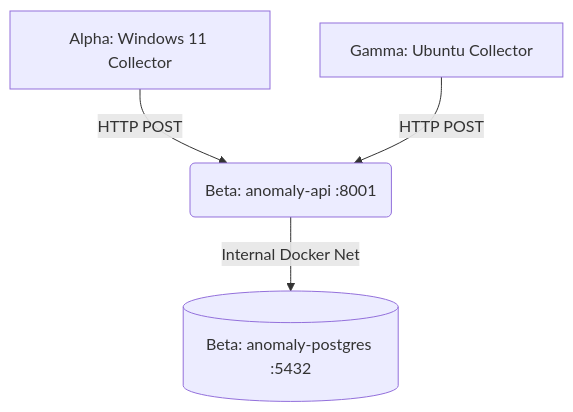
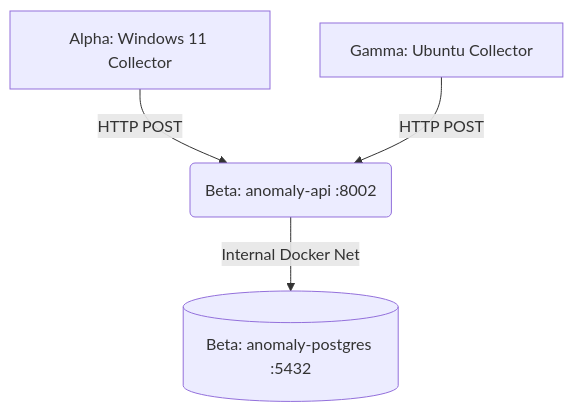
Before and after one commit to Chetas-M/homelab-anomaly-agent: the diagram in readme.md, drawn with Mermaid. The commit also changed other lines of this file and 4 other files, not shown here.

````diff
--- a/readme.md
+++ b/readme.md
@@ -10,6 +10,6 @@
 ```mermaid
 graph TD
-    A[Alpha: Windows 11 Collector] -->|HTTP POST| B(Beta: anomaly-api :8001)
+    A[Alpha: Windows 11 Collector] -->|HTTP POST| B(Beta: anomaly-api :8002)
     C[Gamma: Ubuntu Collector] -->|HTTP POST| B
     B -->|Internal Docker Net| D[(Beta: anomaly-postgres :5432)]
 ```
````
